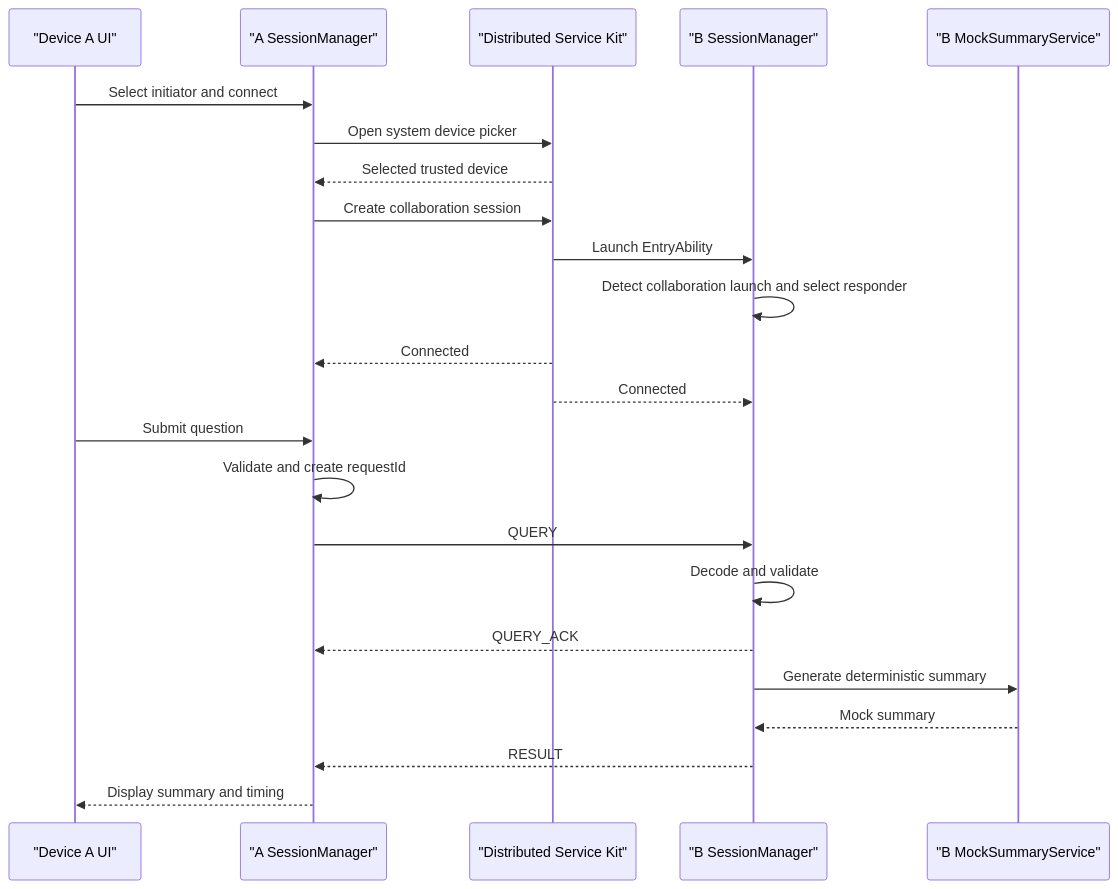
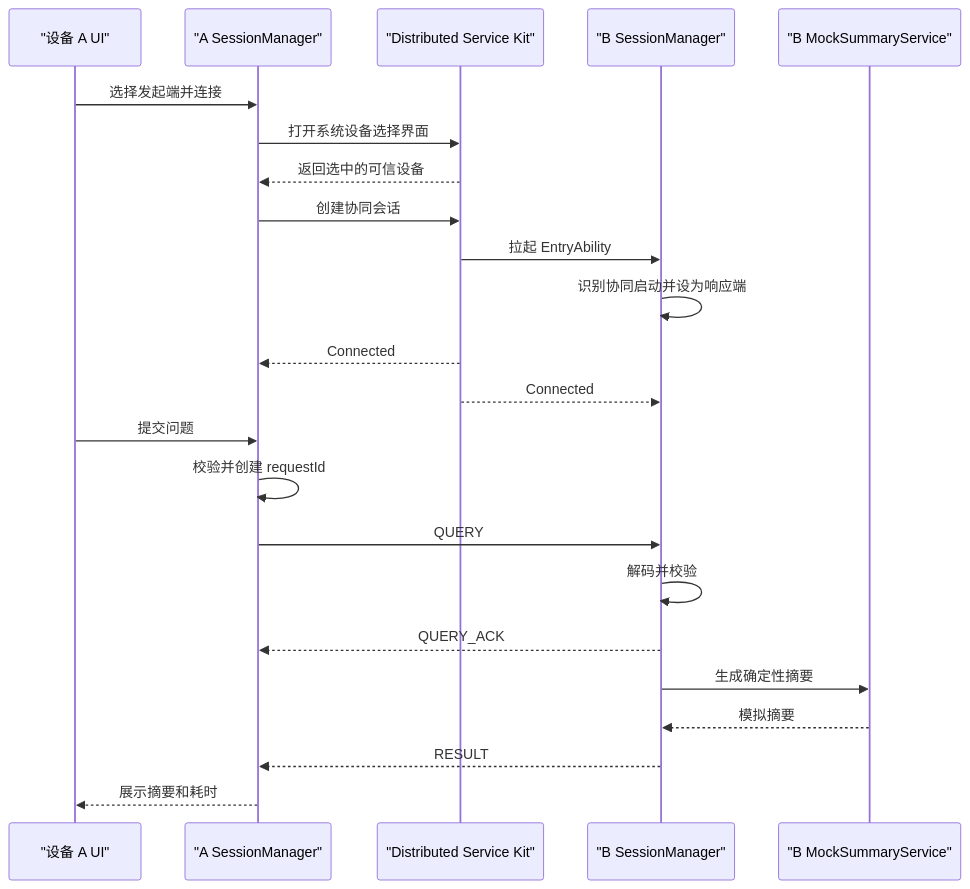
The second of 2 diagrams in docs/superpowers/specs/2026-07-14-semalink-cross-device-communication-mvp-design.md (TokaiTeio666/SemaLink), drawn with Mermaid before and after one commit. The commit also changed other lines of this file, not shown here.

Commit message:
docs: translate cross-device MVP design to Chinese

````diff
--- a/docs/superpowers/specs/2026-07-14-semalink-cross-device-communication-mvp-design.md
+++ b/docs/superpowers/specs/2026-07-14-semalink-cross-device-communication-mvp-design.md
@@ -155,27 +155,27 @@
 ```mermaid
 sequenceDiagram
-    participant UIA as "Device A UI"
+    participant UIA as "设备 A UI"
     participant SA as "A SessionManager"
     participant DSK as "Distributed Service Kit"
     participant SB as "B SessionManager"
     participant MB as "B MockSummaryService"
 
-    UIA->>SA: Select initiator and connect
-    SA->>DSK: Open system device picker
-    DSK-->>SA: Selected trusted device
-    SA->>DSK: Create collaboration session
-    DSK->>SB: Launch EntryAbility
-    SB->>SB: Detect collaboration launch and select responder
+    UIA->>SA: 选择发起端并连接
+    SA->>DSK: 打开系统设备选择界面
+    DSK-->>SA: 返回选中的可信设备
+    SA->>DSK: 创建协同会话
+    DSK->>SB: 拉起 EntryAbility
+    SB->>SB: 识别协同启动并设为响应端
     DSK-->>SA: Connected
     DSK-->>SB: Connected
 
-    UIA->>SA: Submit question
-    SA->>SA: Validate and create requestId
+    UIA->>SA: 提交问题
+    SA->>SA: 校验并创建 requestId
     SA->>SB: QUERY
-    SB->>SB: Decode and validate
+    SB->>SB: 解码并校验
     SB-->>SA: QUERY_ACK
-    SB->>MB: Generate deterministic summary
-    MB-->>SB: Mock summary
+    SB->>MB: 生成确定性摘要
+    MB-->>SB: 模拟摘要
     SB-->>SA: RESULT
-    SA-->>UIA: Display summary and timing
+    SA-->>UIA: 展示摘要和耗时
 ```
````
